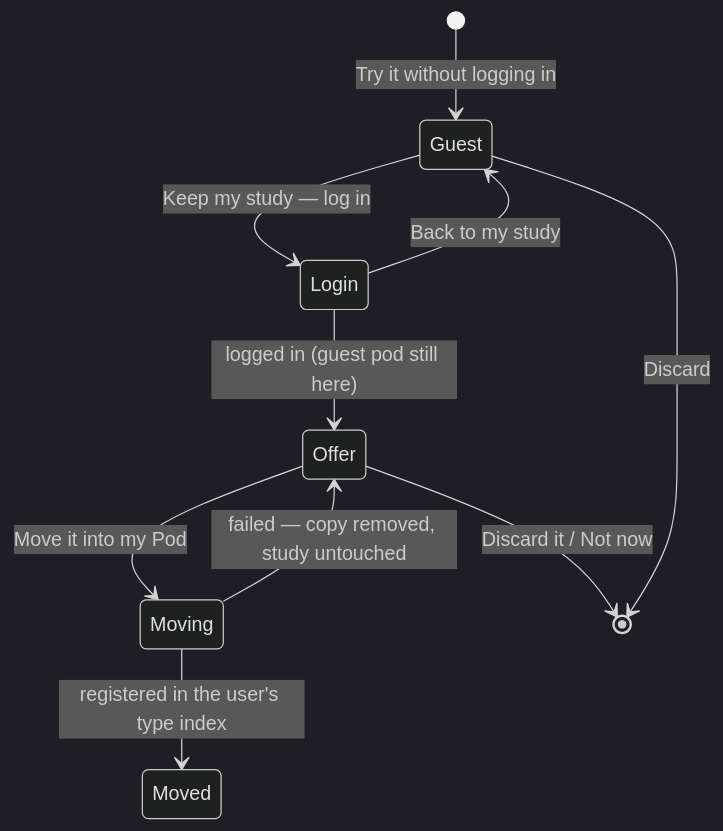
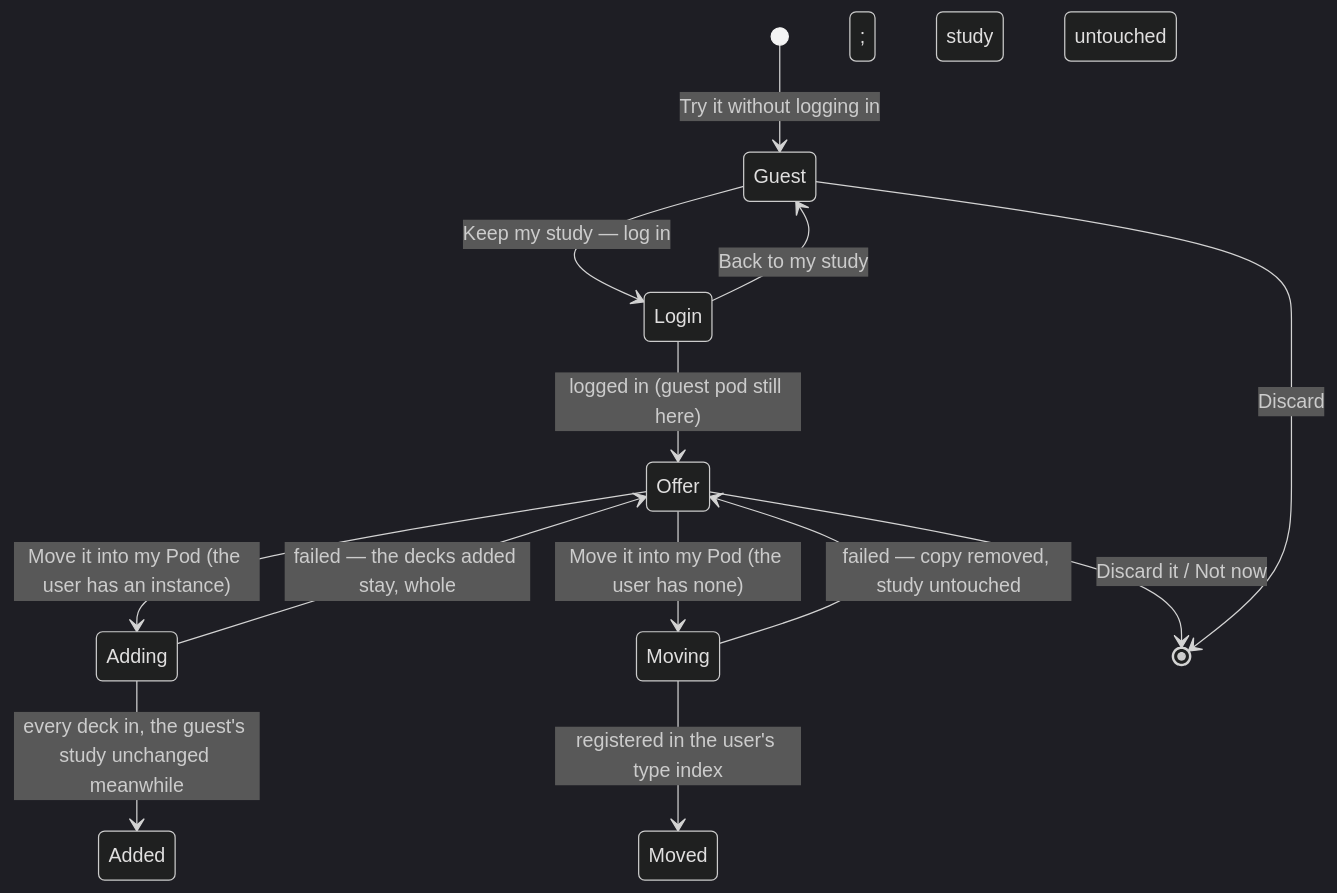
The second of 2 diagrams in docs/guest-mode.md (solid-memo/website), drawn with Mermaid (dark theme) before and after one commit. The commit also changed other lines of this file and 26 other files, not shown here.

First line of the commit message:
Keep guest study by merging it into an existing instance

````diff
--- a/docs/guest-mode.md
+++ b/docs/guest-mode.md
@@ -52,12 +52,15 @@
 ```mermaid
 stateDiagram-v2
     [*] --> Guest: Try it without logging in
     Guest --> Login: Keep my study — log in
     Login --> Guest: Back to my study
     Login --> Offer: logged in (guest pod still here)
-    Offer --> Moving: Move it into my Pod
+    Offer --> Adding: Move it into my Pod (the user has an instance)
+    Offer --> Moving: Move it into my Pod (the user has none)
     Offer --> [*]: Discard it / Not now
+    Adding --> Added: every deck in, the guest's study unchanged meanwhile
+    Adding --> Offer: failed — the decks added stay, whole; study untouched
     Moving --> Moved: registered in the user's type index
     Moving --> Offer: failed — copy removed, study untouched
     Guest --> [*]: Discard
 ```
````
